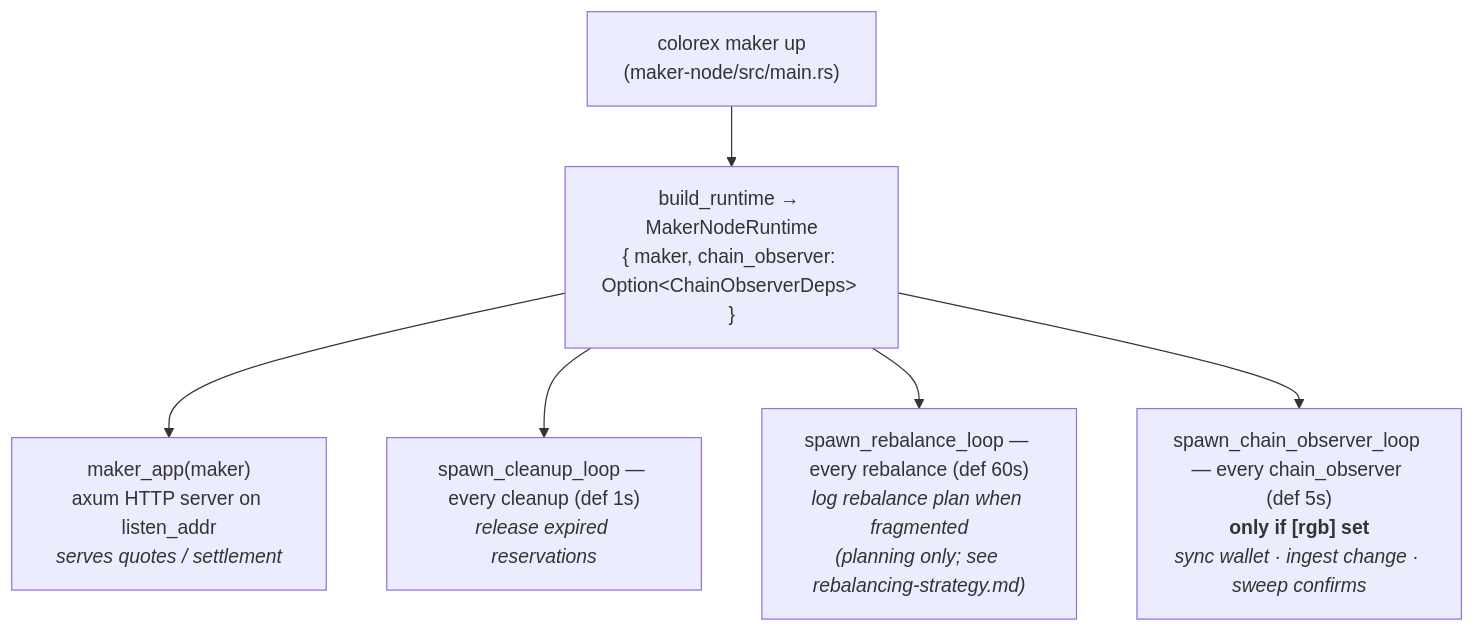
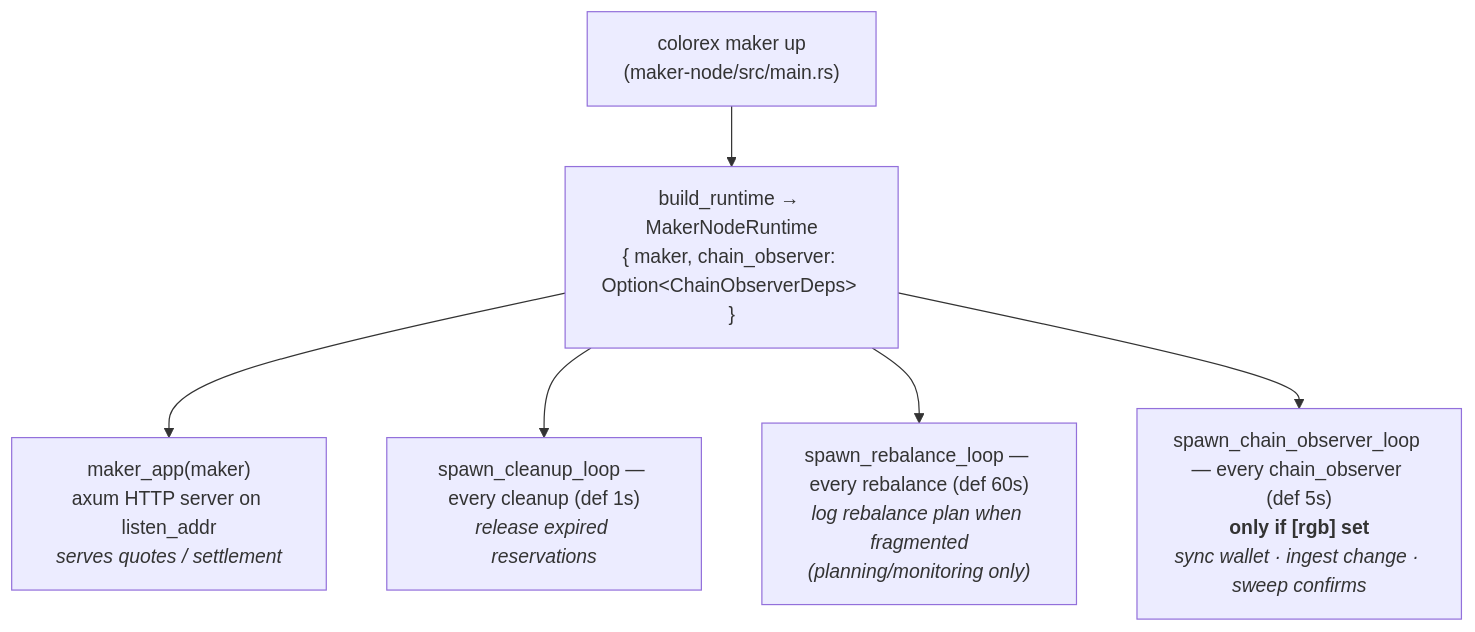
The second of 3 diagrams in docs/maker-node-architecture.md (pxr64/rfq), drawn with Mermaid before and after one commit. The commit also changed other lines of this file and 10 other files, not shown here.

First line of the commit message:
docs: maker-from-scratch quickstart, current commands, provenance sell flow, prune stale plans

````diff
--- a/docs/maker-node-architecture.md
+++ b/docs/maker-node-architecture.md
@@ -51,11 +51,11 @@
 ```mermaid
 flowchart TD
     up["colorex maker up<br/>(maker-node/src/main.rs)"]
     rt["build_runtime → MakerNodeRuntime<br/>{ maker, chain_observer: Option&lt;ChainObserverDeps&gt; }"]
     up --> rt
 
     rt --> app["maker_app(maker)<br/>axum HTTP server on listen_addr<br/><i>serves quotes / settlement</i>"]
     rt --> cleanup["spawn_cleanup_loop — every cleanup (def 1s)<br/><i>release expired reservations</i>"]
-    rt --> rebal["spawn_rebalance_loop — every rebalance (def 60s)<br/><i>log rebalance plan when fragmented<br/>(planning only; see rebalancing-strategy.md)</i>"]
+    rt --> rebal["spawn_rebalance_loop — every rebalance (def 60s)<br/><i>log rebalance plan when fragmented<br/>(planning/monitoring only)</i>"]
     rt --> obs["spawn_chain_observer_loop — every chain_observer (def 5s)<br/><b>only if [rgb] set</b><br/><i>sync wallet · ingest change · sweep confirms</i>"]
 ```
````
